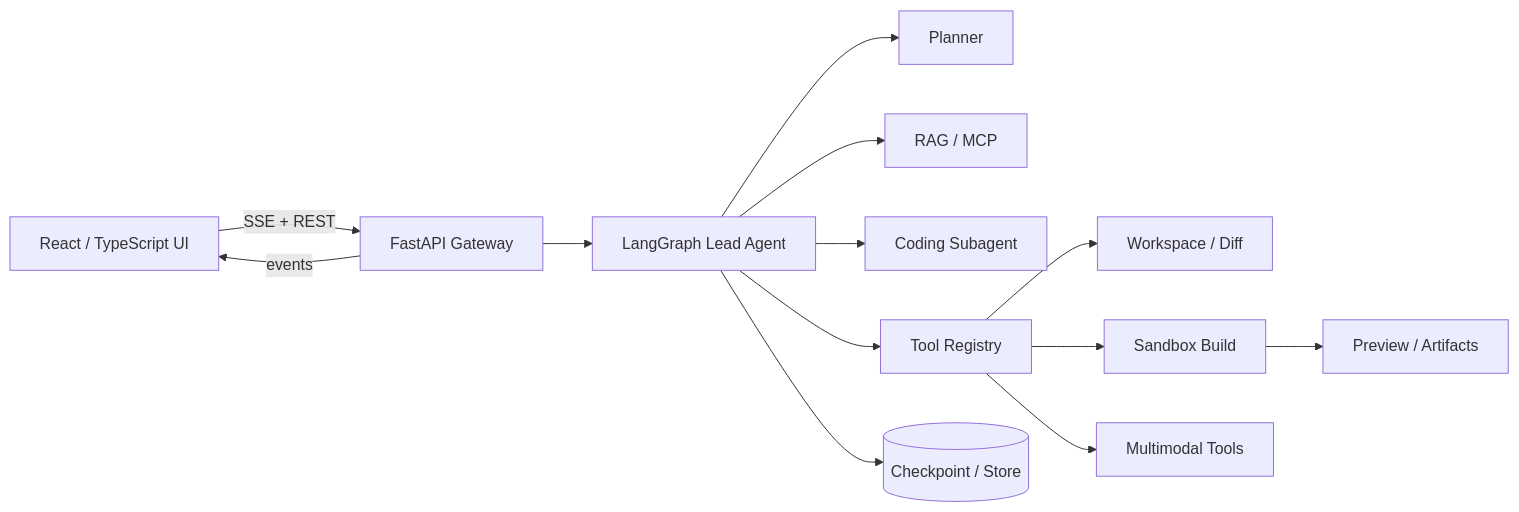
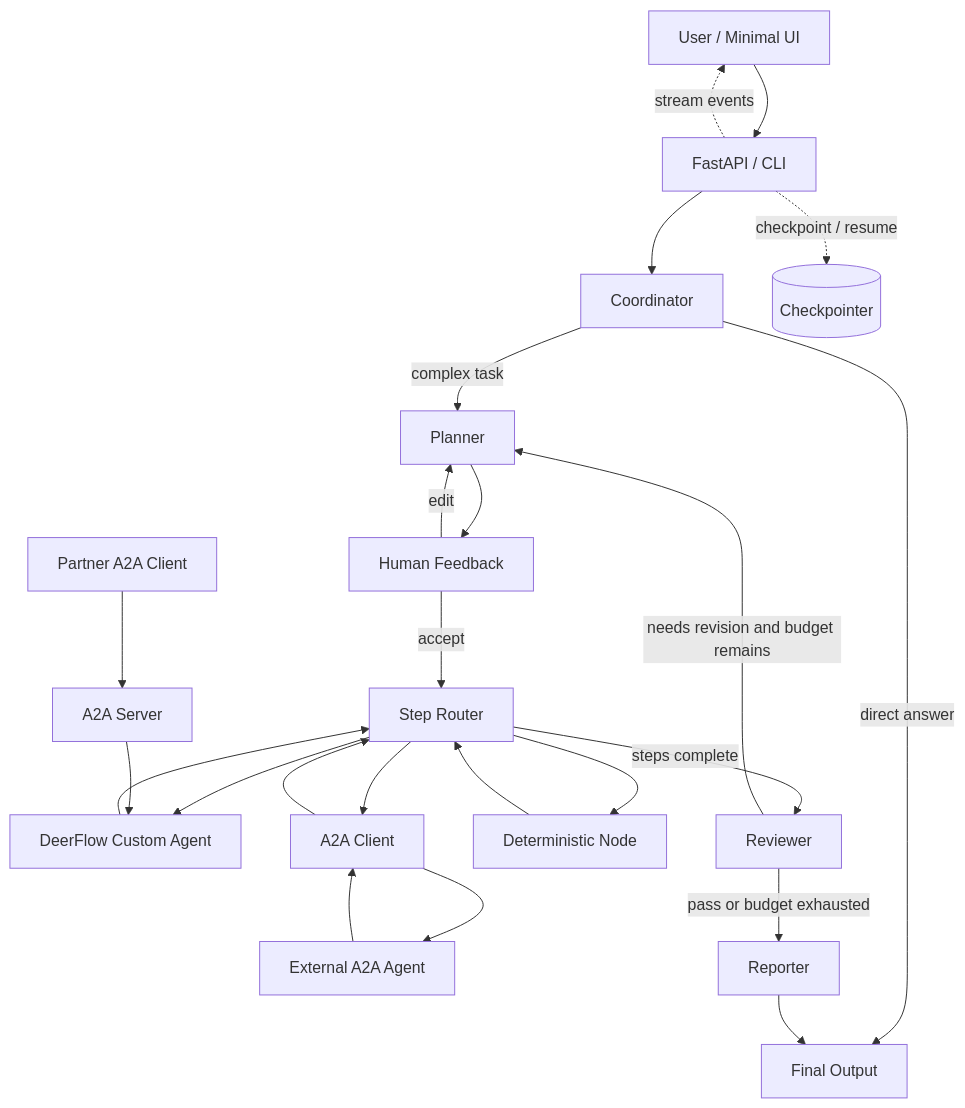
The diagram in Agent开发12周学习计划.md (Swordword/day2Agent), drawn with Mermaid before and after one commit. The commit also changed other lines of this file, not shown here.

````diff
--- a/Agent开发12周学习计划.md
+++ b/Agent开发12周学习计划.md
@@ -771,15 +685,26 @@
 ```mermaid
-flowchart LR
-    U[React / TypeScript UI] -->|SSE + REST| G[FastAPI Gateway]
-    G --> LG[LangGraph Lead Agent]
-    LG --> P[Planner]
-    LG --> R[RAG / MCP]
-    LG --> C[Coding Subagent]
-    LG --> T[Tool Registry]
-    T --> F[Workspace / Diff]
-    T --> S[Sandbox Build]
-    T --> M[Multimodal Tools]
-    LG --> CP[(Checkpoint / Store)]
-    S --> A[Preview / Artifacts]
-    G -->|events| U
+flowchart TD
+    U[User / Minimal UI] --> API[FastAPI / CLI]
+    API --> C[Coordinator]
+    C -->|direct answer| END[Final Output]
+    C -->|complex task| P[Planner]
+    P --> H[Human Feedback]
+    H -->|edit| P
+    H -->|accept| E[Step Router]
+    E --> DFA[DeerFlow Custom Agent]
+    E --> AC[A2A Client]
+    AC --> RA[External A2A Agent]
+    RA --> AC
+    AC --> E
+    E --> N[Deterministic Node]
+    DFA --> E
+    N --> E
+    PA[Partner A2A Client] --> AS[A2A Server]
+    AS --> DFA
+    E -->|steps complete| V[Reviewer]
+    V -->|needs revision and budget remains| P
+    V -->|pass or budget exhausted| RP[Reporter]
+    RP --> END
+    API -. checkpoint / resume .-> CP[(Checkpointer)]
+    API -. stream events .-> U
 ```
````
